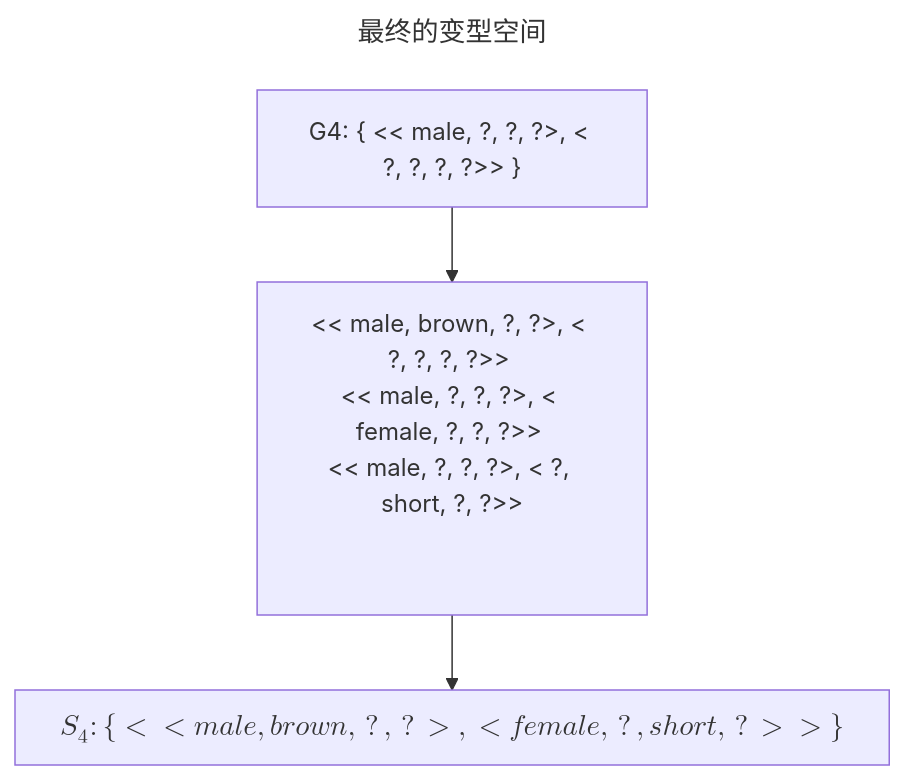
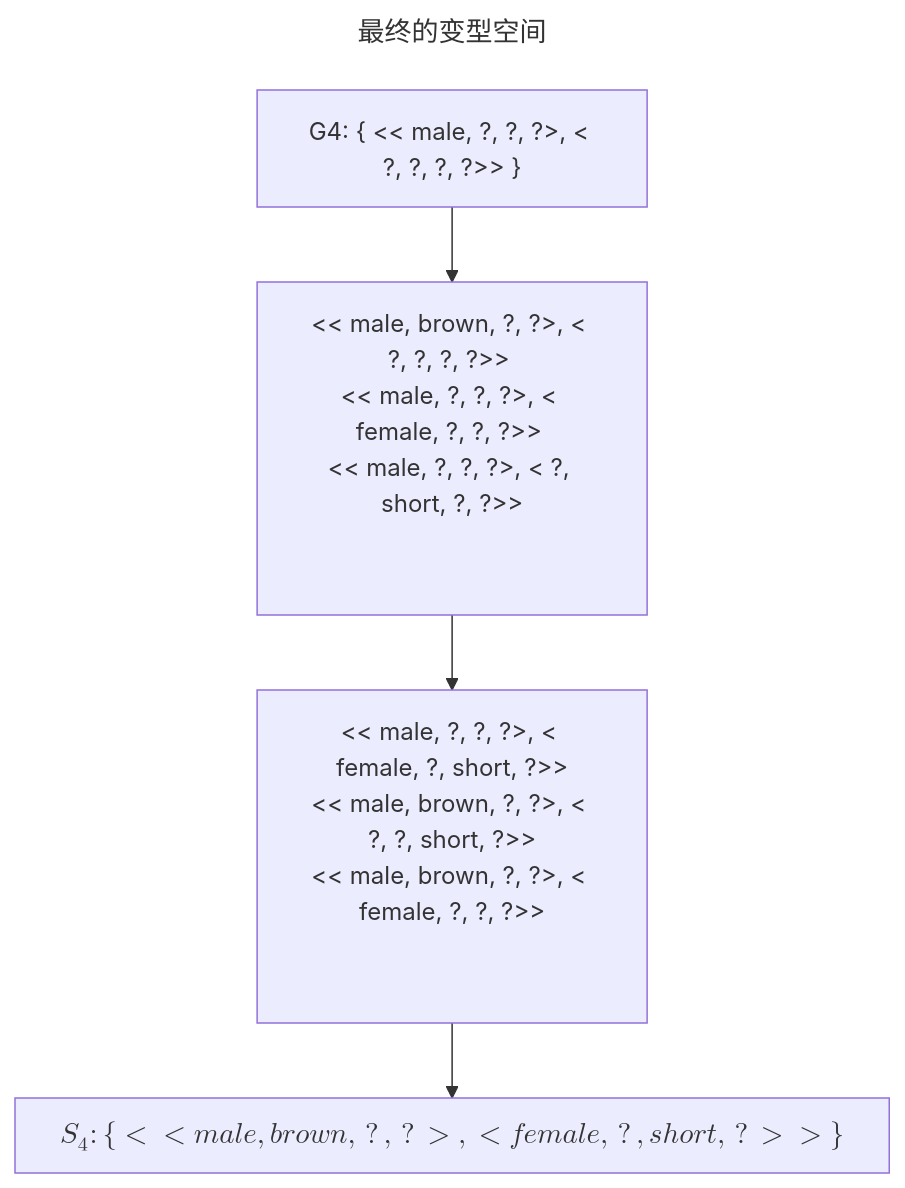
One commit to Jeff-Tian/ml changed the eighth of 8 diagrams in src/posts/第二章 概念学习和一般到特殊序/2.5.md. Above: the diagram before and after it, drawn with Mermaid. The commit also changed other lines of this file, not shown here.

````diff
--- a/src/posts/第二章 概念学习和一般到特殊序/2.5.md
+++ b/src/posts/第二章 概念学习和一般到特殊序/2.5.md
@@ -137,9 +137,10 @@
     ```mermaid
     ---
     title: 最终的变型空间
     ---
     graph TD
         g4["G<sbu>4</sub>: { << male, ?, ?, ?>, < ?, ?, ?, ?>> }"]-->
-        all["<< male, brown, ?, ?>, < ?, ?, ?, ?>> <br /><< male, ?, ?, ?>, < female, ?, ?, ?>> <br /><< male, ?, ?, ?>, < ?, short, ?, ?>><br /><br/><br />"]-->
+        g5["<< male, brown, ?, ?>, < ?, ?, ?, ?>> <br /><< male, ?, ?, ?>, < female, ?, ?, ?>> <br /><< male, ?, ?, ?>, < ?, short, ?, ?>><br /><br/><br />"]-->
+        s5["<< male, ?, ?, ?>, < female, ?, short, ?>><br /><< male, brown, ?, ?>, < ?, ?, short, ?>><br /><< male, brown, ?, ?>, < female, ?, ?, ?>><br /><br /><br />"]-->
         s4[$$S_4:  \lbrace \lt \lt male, brown, ?, ? \gt, \lt female, ?, short, ? \gt \gt \rbrace $$]
     ```
````
